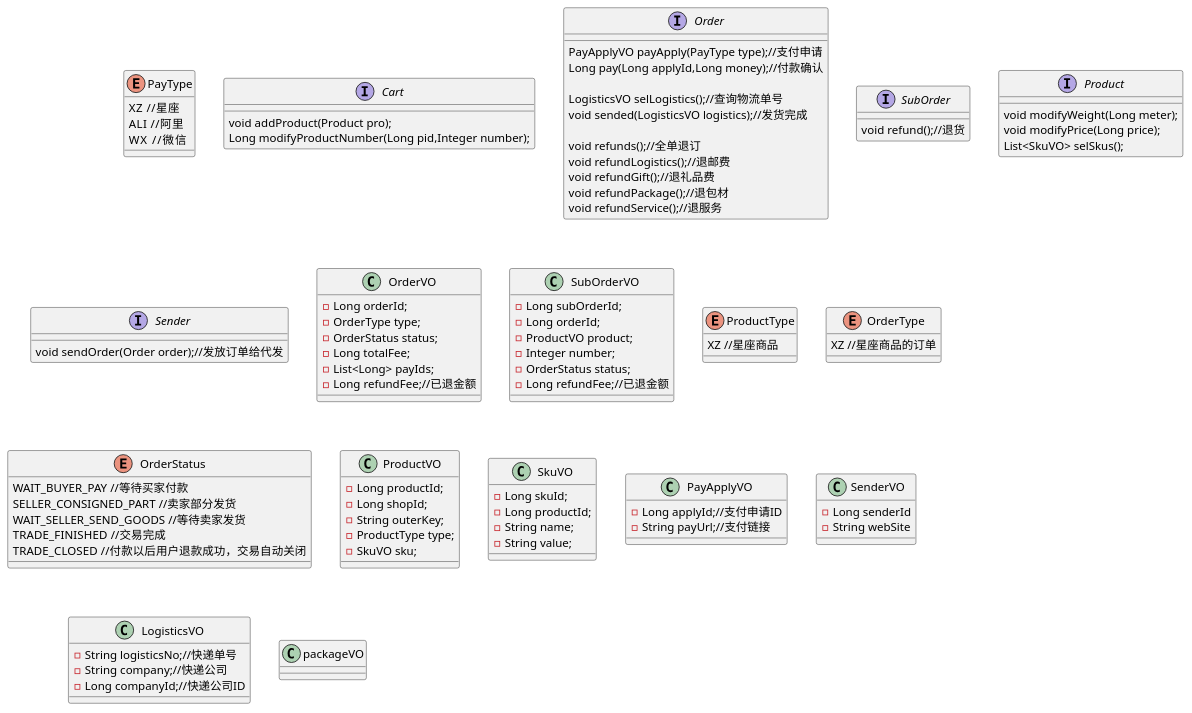
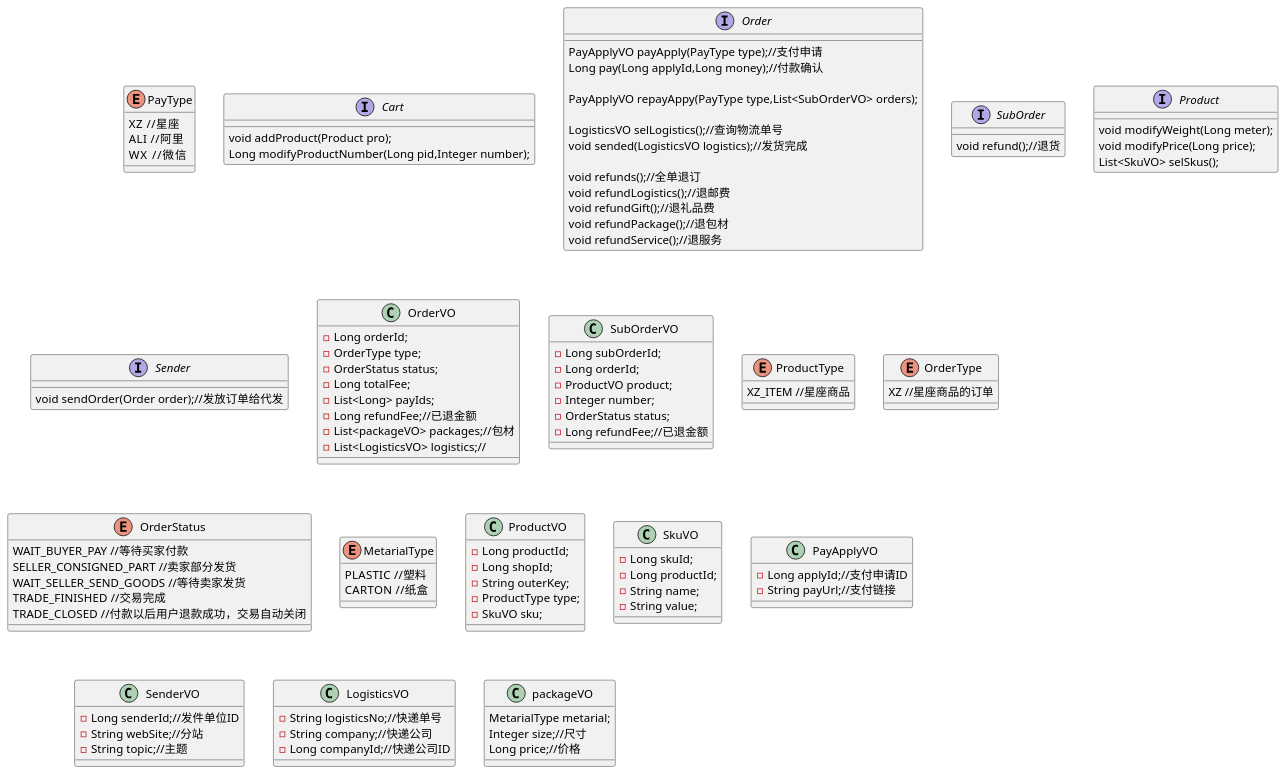
Before and after one commit to pogy/main-pom: the diagram in main4-order/main4-order-api/src/main/resources/orderClass.puml, drawn with PlantUML.

Commit message:
升级4.1.6-SNAPSHOT

```diff
--- a/main4-order/main4-order-api/src/main/resources/orderClass.puml
+++ b/main4-order/main4-order-api/src/main/resources/orderClass.puml
@@ -1,109 +1,123 @@
 @startuml
 enum PayType{
 XZ  //星座
 ALI  //阿里
 WX   //微信
 }
 interface Cart{
 void addProduct(Product pro);
 Long modifyProductNumber(Long pid,Integer number);
 }
 interface Order{
 PayApplyVO payApply(PayType type);//支付申请
 Long pay(Long applyId,Long money);//付款确认
+
+PayApplyVO repayAppy(PayType type,List<SubOrderVO> orders);
 
 LogisticsVO selLogistics();//查询物流单号
 void sended(LogisticsVO logistics);//发货完成
 
 void refunds();//全单退订
 void refundLogistics();//退邮费
 void refundGift();//退礼品费
 void refundPackage();//退包材
 void refundService();//退服务
 }
 interface SubOrder{
 void refund();//退货
 
 }
 interface Product{
 void modifyWeight(Long meter);
 void modifyPrice(Long price);
 List<SkuVO> selSkus();
 }
 interface Sender{
 void sendOrder(Order order);//发放订单给代发
 }
 
 class OrderVO{
 -Long orderId;
 -OrderType type;
 -OrderStatus status;
 -Long totalFee;
 -List<Long> payIds;
 -Long refundFee;//已退金额
+-List<packageVO> packages;//包材
+-List<LogisticsVO> logistics;//
 }
 
 class SubOrderVO{
 -Long subOrderId;
 -Long orderId;
 -ProductVO product;
 -Integer number;
 -OrderStatus status;
 -Long refundFee;//已退金额
 }
 
 enum ProductType{
-XZ //星座商品
+XZ_ITEM //星座商品
 
 }
 
 enum OrderType{
 XZ //星座商品的订单
 
 }
 
 enum OrderStatus{
 WAIT_BUYER_PAY //等待买家付款
 SELLER_CONSIGNED_PART //卖家部分发货
 WAIT_SELLER_SEND_GOODS //等待卖家发货
 TRADE_FINISHED  //交易完成
 TRADE_CLOSED  //付款以后用户退款成功，交易自动关闭
 
+}
+
+enum MetarialType{
+PLASTIC  //塑料
+CARTON  //纸盒
 }
 
 class ProductVO{
 -Long productId;
 -Long shopId;
 -String outerKey;
 -ProductType type;
 -SkuVO sku;
 }
 
 class SkuVO{
 -Long skuId;
 -Long productId;
 -String name;
 -String value;
 }
 
 class PayApplyVO{
 -Long applyId;//支付申请ID
 -String payUrl;//支付链接
 }
 
 class SenderVO{
--Long senderId
--String webSite
+-Long senderId;//发件单位ID
+-String webSite;//分站
+-String topic;//主题
 }
 
 class LogisticsVO{
 -String logisticsNo;//快递单号
 -String company;//快递公司
 -Long companyId;//快递公司ID
 }
 
 class packageVO{
-
+MetarialType metarial;
+Integer size;//尺寸
+Long price;//价格
 }
 
+
+
 @enduml
```
